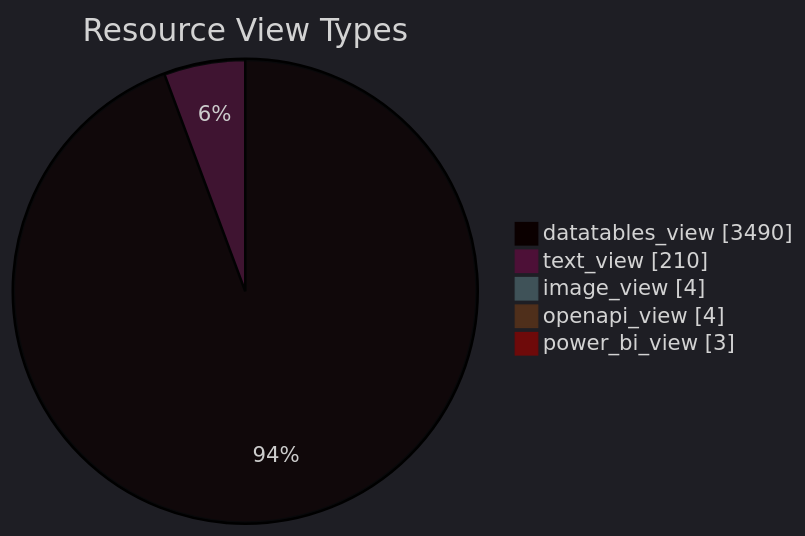
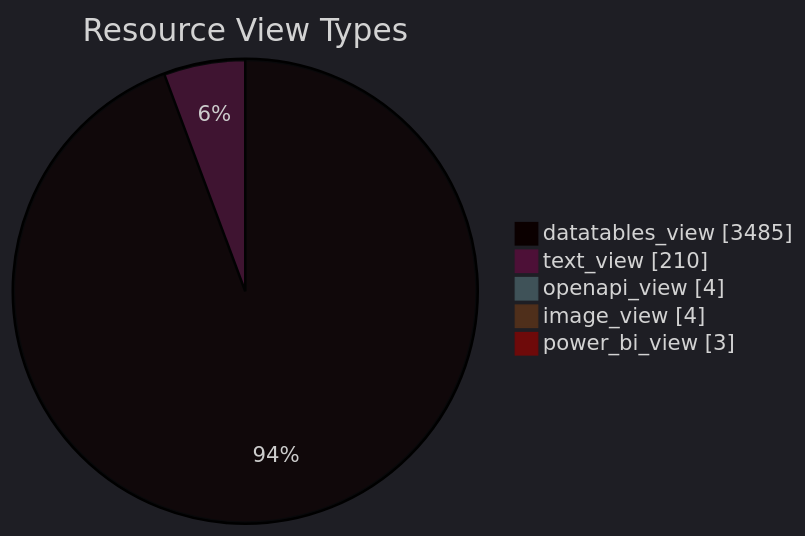
Before and after one commit to open-data/analytics-corporate-reporting: the diagram in datastore_tracker/resource_view_types_pie_chart.md, drawn with Mermaid. The commit also changed 9 other files, not shown here.

````diff
--- a/datastore_tracker/resource_view_types_pie_chart.md
+++ b/datastore_tracker/resource_view_types_pie_chart.md
@@ -2,12 +2,12 @@
 ```mermaid
 ---
 config:
   theme: dark
 ---
 pie showData title Resource View Types
-    "datatables_view": 3490
+    "datatables_view": 3485
     "text_view": 210
+    "openapi_view": 4
     "image_view": 4
-    "openapi_view": 4
     "power_bi_view": 3
 ```
````
